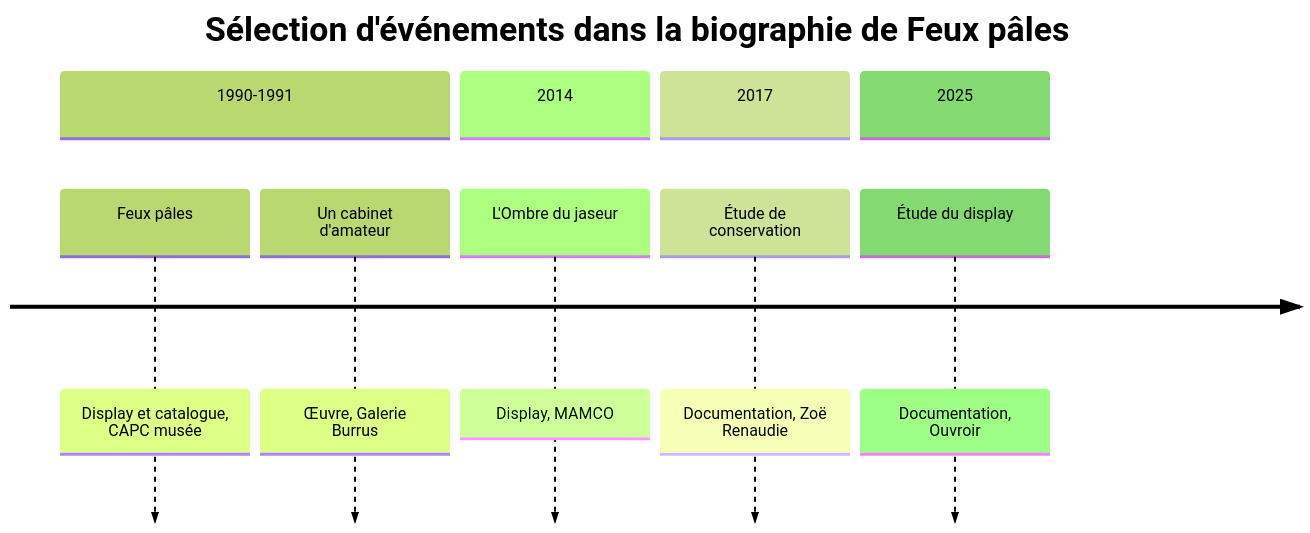
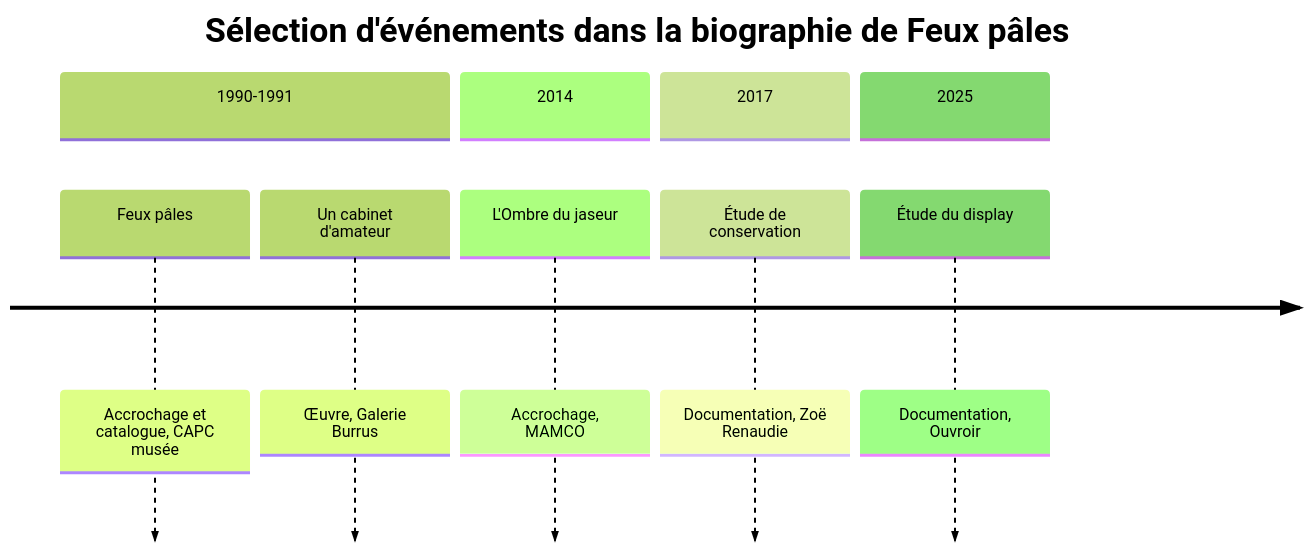
The first of 4 diagrams in src/lib/posts/2026-07-30.md (ZoeRenaudie/journal-phd), drawn with Mermaid (forest theme) before and after one commit. The commit also changed other lines of this file and 2 other files, not shown here.

Commit message:
maj mermaid et bloc de citation

````diff
--- a/src/lib/posts/2026-07-30.md
+++ b/src/lib/posts/2026-07-30.md
@@ -29,13 +30,13 @@
 ```mermaid
 timeline
     title Sélection d'événements dans la biographie de Feux pâles
     section 1990-1991
-        Feux pâles : Display et catalogue, CAPC musée
+        Feux pâles : Accrochage et catalogue, CAPC musée
         Un cabinet d'amateur : Œuvre, Galerie Burrus
     section 2014
-        L'Ombre du jaseur : Display, MAMCO
+        L'Ombre du jaseur : Accrochage, MAMCO
     section 2017
         Étude de conservation : Documentation, Zoë Renaudie
     section 2025
         Étude du display : Documentation, Ouvroir
 ```
````
